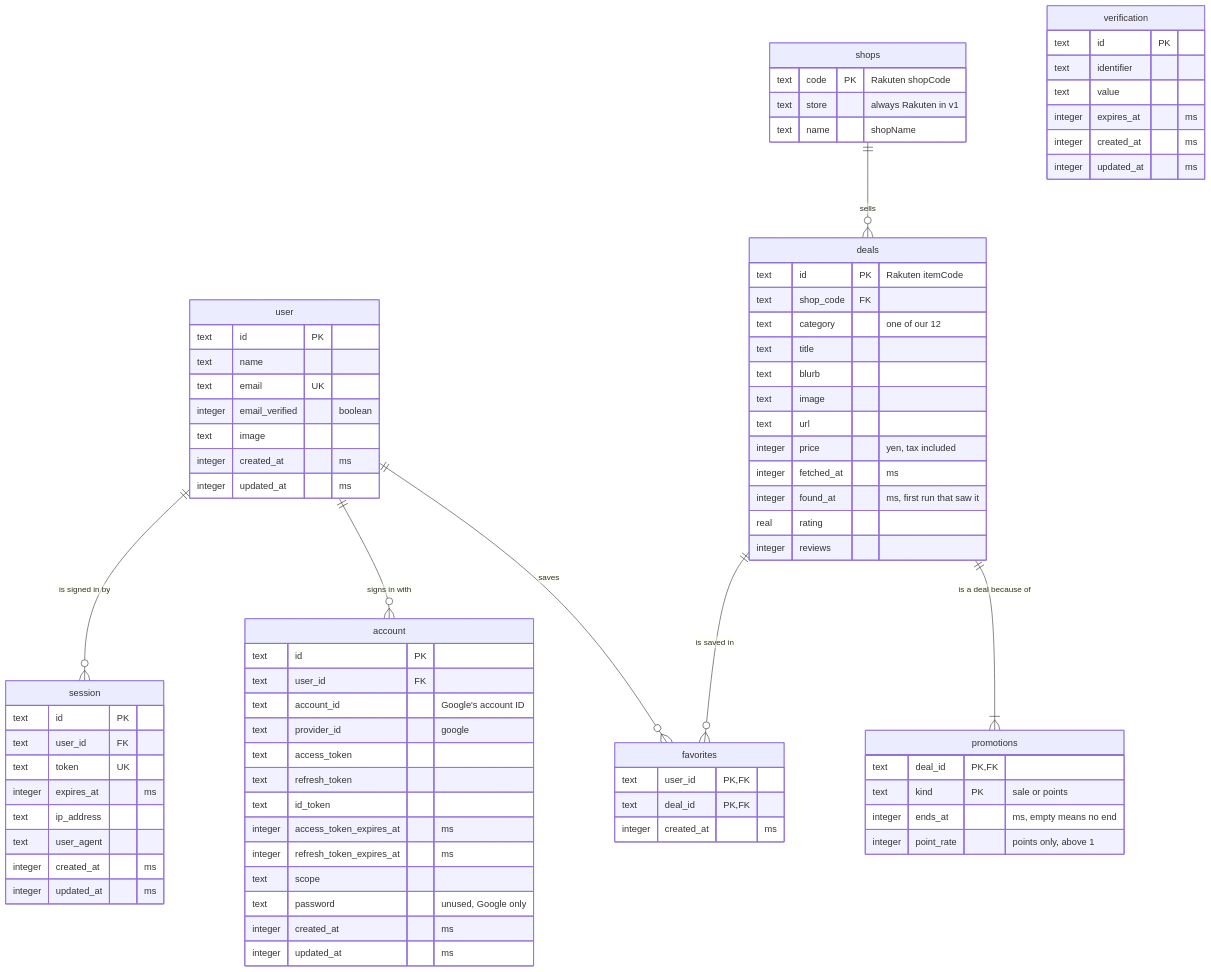
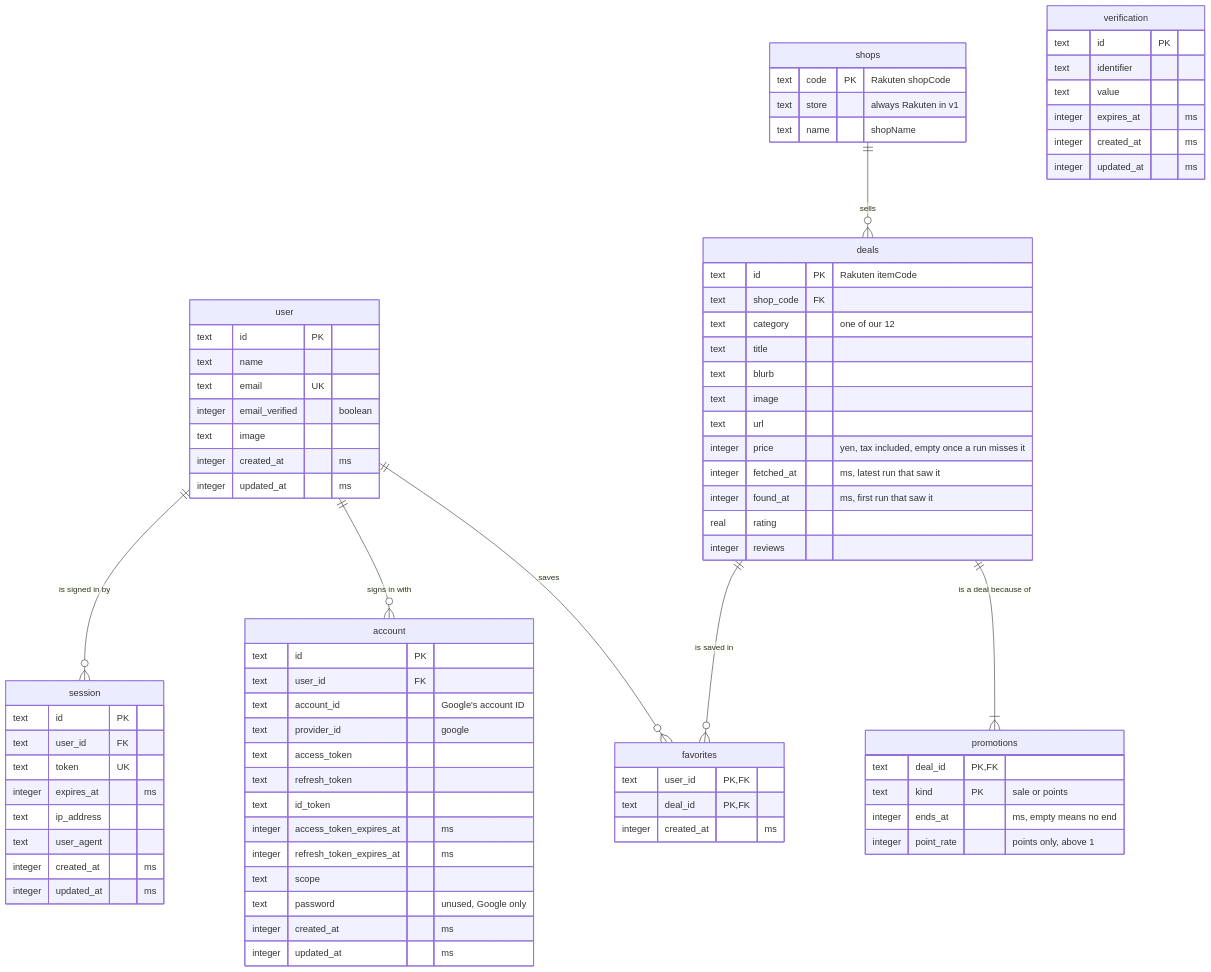
The diagram in docs/architecture/data-model.md (sidequest-club/bargainu), drawn with Mermaid before and after one commit. The commit also changed other lines of this file, not shown here.

Commit message:
Clear prices a run did not refresh instead of deleting the deal and its favorites

````diff
--- a/docs/architecture/data-model.md
+++ b/docs/architecture/data-model.md
@@ -6,82 +6,82 @@
 ```mermaid
 erDiagram
     user ||--o{ session : "is signed in by"
     user ||--o{ account : "signs in with"
     user ||--o{ favorites : saves
     deals ||--o{ favorites : "is saved in"
     shops ||--o{ deals : sells
     deals ||--|{ promotions : "is a deal because of"
 
     shops {
         text code PK "Rakuten shopCode"
         text store "always Rakuten in v1"
         text name "shopName"
     }
     deals {
         text id PK "Rakuten itemCode"
         text shop_code FK
         text category "one of our 12"
         text title
         text blurb
         text image
         text url
-        integer price "yen, tax included"
-        integer fetched_at "ms"
+        integer price "yen, tax included, empty once a run misses it"
+        integer fetched_at "ms, latest run that saw it"
         integer found_at "ms, first run that saw it"
         real rating
         integer reviews
     }
     promotions {
         text deal_id PK, FK
         text kind PK "sale or points"
         integer ends_at "ms, empty means no end"
         integer point_rate "points only, above 1"
     }
     favorites {
         text user_id PK, FK
         text deal_id PK, FK
         integer created_at "ms"
     }
     user {
         text id PK
         text name
         text email UK
         integer email_verified "boolean"
         text image
         integer created_at "ms"
         integer updated_at "ms"
     }
     session {
         text id PK
         text user_id FK
         text token UK
         integer expires_at "ms"
         text ip_address
         text user_agent
         integer created_at "ms"
         integer updated_at "ms"
     }
     account {
         text id PK
         text user_id FK
         text account_id "Google's account ID"
         text provider_id "google"
         text access_token
         text refresh_token
         text id_token
         integer access_token_expires_at "ms"
         integer refresh_token_expires_at "ms"
         text scope
         text password "unused, Google only"
         integer created_at "ms"
         integer updated_at "ms"
     }
     verification {
         text id PK
         text identifier
         text value
         integer expires_at "ms"
         integer created_at "ms"
         integer updated_at "ms"
     }
 ```
````
